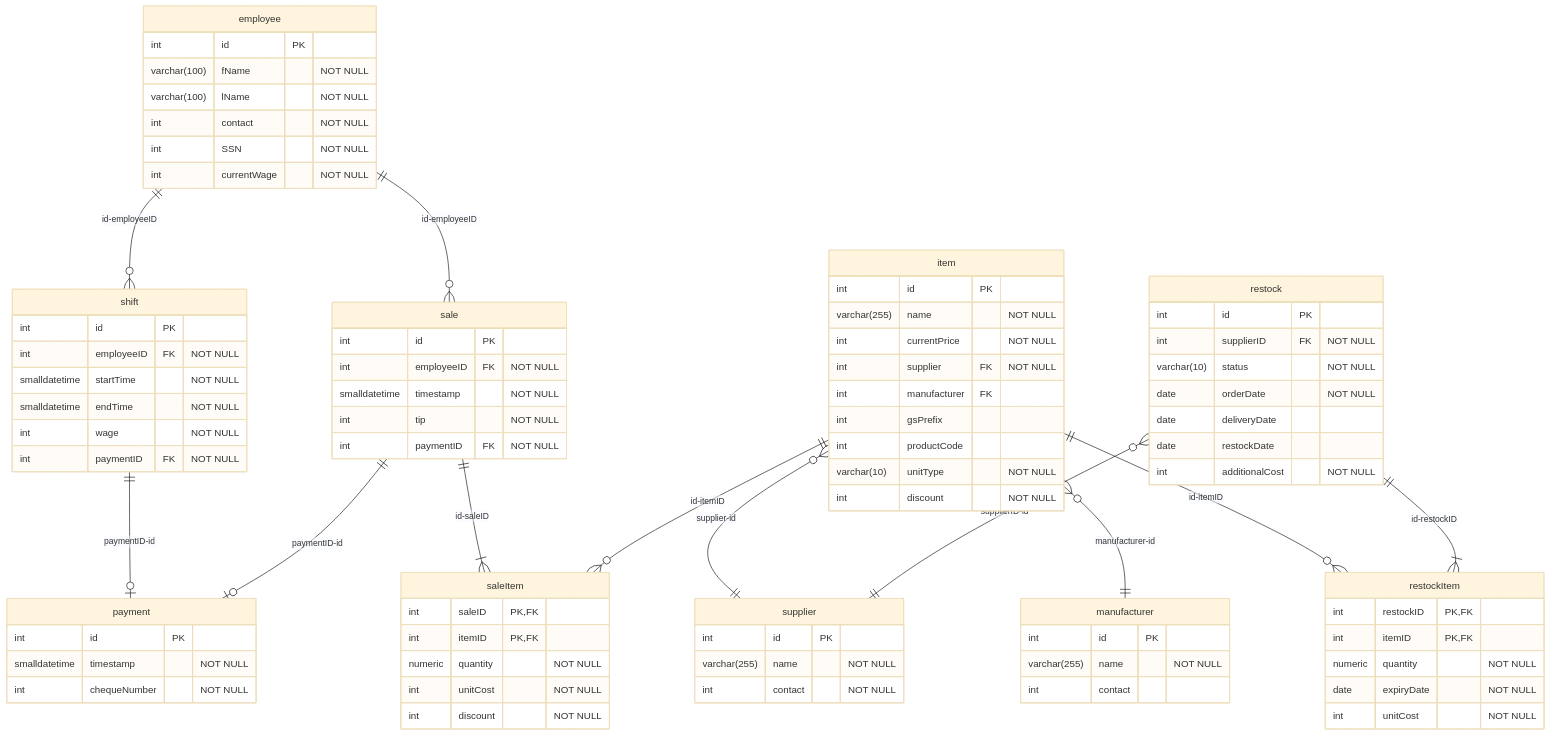
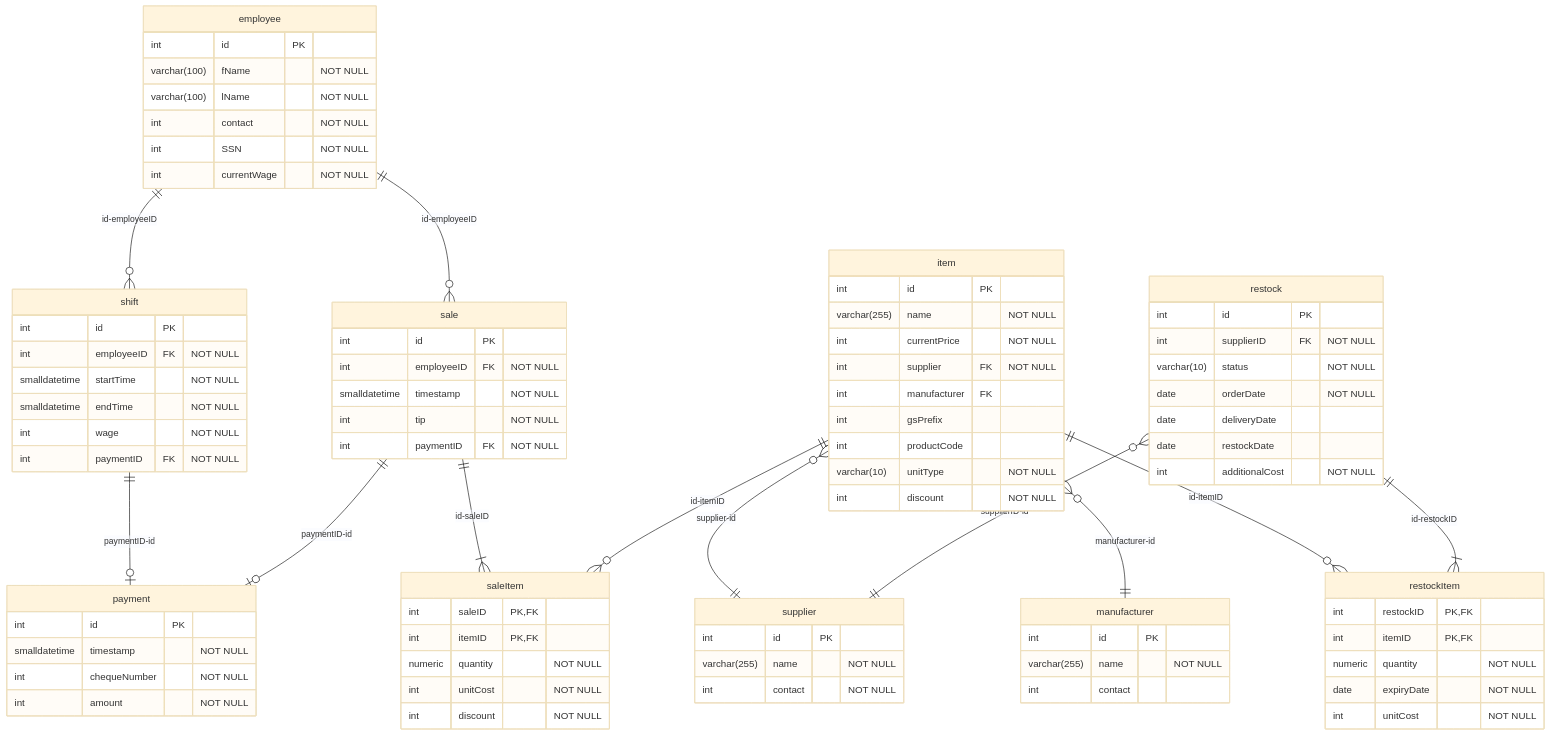
The diagram in CSDS 341 - Intro to Databases/Project/ER Diagram.md (tnichols217/notes), drawn with Mermaid (base theme) before and after one commit. The commit also changed 14 other files, not shown here.

Commit message:
update er

```diff
--- a/CSDS 341 - Intro to Databases/Project/ER Diagram.md
+++ b/CSDS 341 - Intro to Databases/Project/ER Diagram.md
@@ -48,6 +48,7 @@
 		int id PK
 		smalldatetime timestamp "NOT NULL"
 		int chequeNumber "NOT NULL"
+		int amount "NOT NULL"
 	}
 	saleItem {
 		int saleID PK,FK
```
